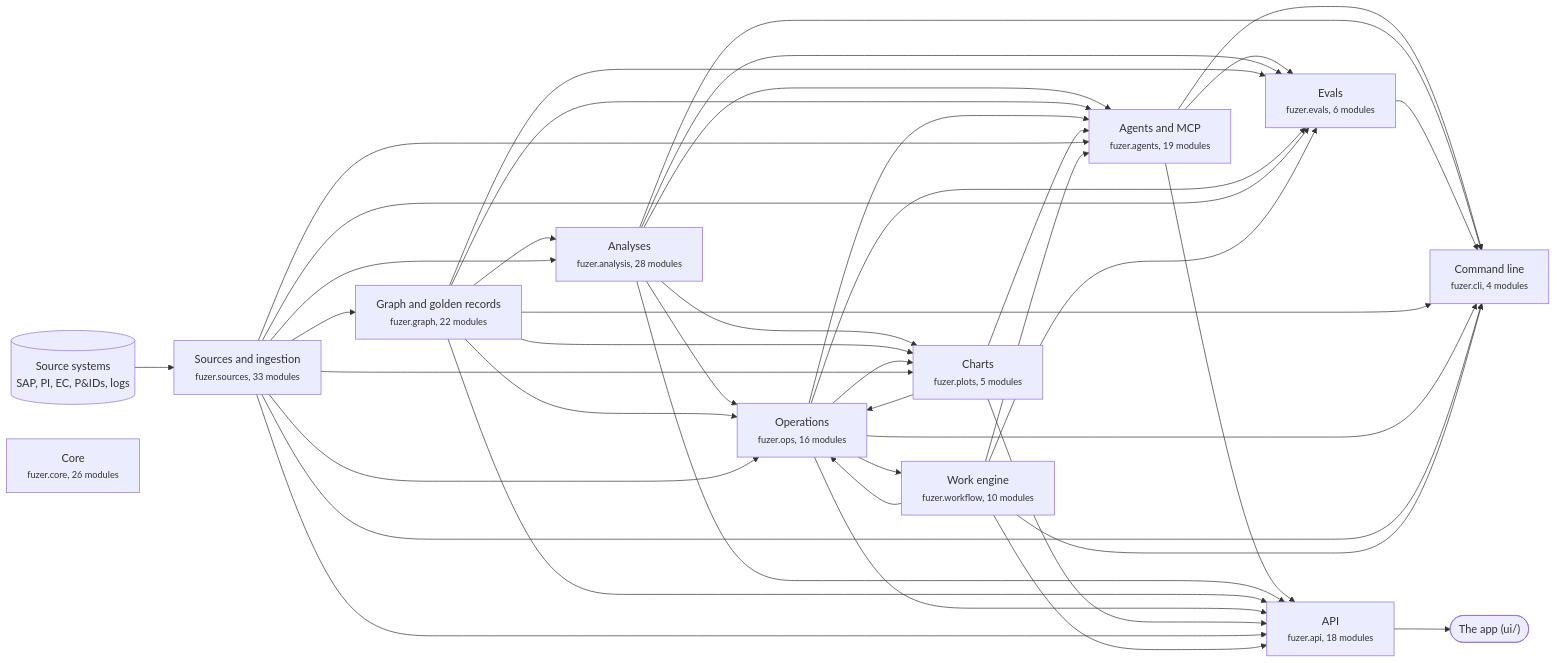
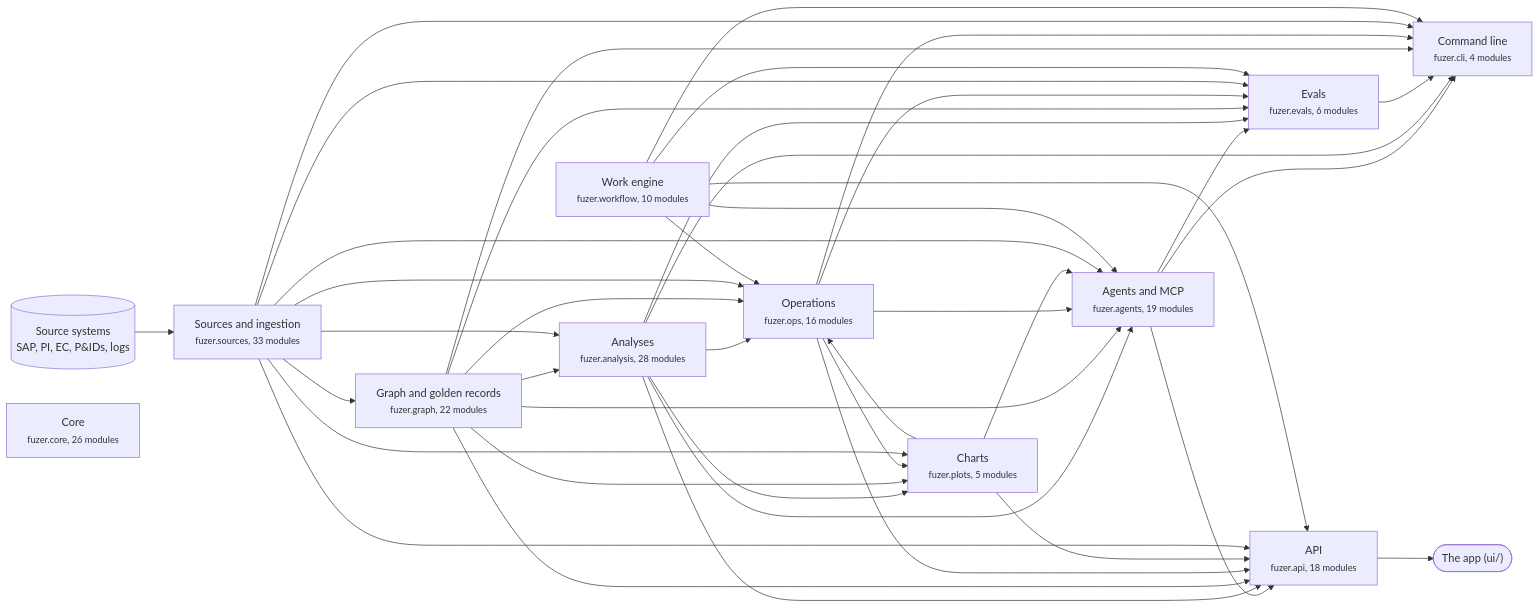
One commit to areed145/fuzer changed the first of 3 diagrams in docs/architecture.md. Above: the diagram before and after it, drawn with Mermaid. The commit also changed other lines of this file and 1 other file, not shown here.

First line of the commit message:
Read quiet hours in the project's timezone from core, keeping the work engine below ops (P5.2b, #606)

````diff
--- a/docs/architecture.md
+++ b/docs/architecture.md
@@ -8,67 +8,66 @@
 ```mermaid
 flowchart LR
   systems[("Source systems<br>SAP, PI, EC, P&IDs, logs")] --> c_sources
   app(["The app (ui/)"])
   c_api --> app
   c_sources["Sources and ingestion<br><small>fuzer.sources, 33 modules</small>"]
   c_graph["Graph and golden records<br><small>fuzer.graph, 22 modules</small>"]
   c_analysis["Analyses<br><small>fuzer.analysis, 28 modules</small>"]
   c_ops["Operations<br><small>fuzer.ops, 16 modules</small>"]
   c_plots["Charts<br><small>fuzer.plots, 5 modules</small>"]
   c_workflow["Work engine<br><small>fuzer.workflow, 10 modules</small>"]
   c_agents["Agents and MCP<br><small>fuzer.agents, 19 modules</small>"]
   c_evals["Evals<br><small>fuzer.evals, 6 modules</small>"]
   c_api["API<br><small>fuzer.api, 18 modules</small>"]
   c_cli["Command line<br><small>fuzer.cli, 4 modules</small>"]
   c_core["Core<br><small>fuzer.core, 26 modules</small>"]
   c_sources --> c_graph
   c_graph --> c_analysis
   c_sources --> c_analysis
   c_analysis --> c_ops
   c_graph --> c_ops
   c_plots --> c_ops
   c_sources --> c_ops
   c_workflow --> c_ops
   c_analysis --> c_plots
   c_graph --> c_plots
   c_ops --> c_plots
   c_sources --> c_plots
-  c_ops --> c_workflow
   c_analysis --> c_agents
   c_graph --> c_agents
   c_ops --> c_agents
   c_plots --> c_agents
   c_sources --> c_agents
   c_workflow --> c_agents
   c_agents --> c_evals
   c_analysis --> c_evals
   c_graph --> c_evals
   c_ops --> c_evals
   c_sources --> c_evals
   c_workflow --> c_evals
   c_agents --> c_api
   c_analysis --> c_api
   c_graph --> c_api
   c_ops --> c_api
   c_plots --> c_api
   c_sources --> c_api
   c_workflow --> c_api
   c_agents --> c_cli
   c_analysis --> c_cli
   c_evals --> c_cli
   c_graph --> c_cli
   c_ops --> c_cli
   c_sources --> c_cli
   c_workflow --> c_cli
   click c_sources "https://github.com/areed145/fuzer/tree/main/src/fuzer/sources"
   click c_graph "https://github.com/areed145/fuzer/tree/main/src/fuzer/graph"
   click c_analysis "https://github.com/areed145/fuzer/tree/main/src/fuzer/analysis"
   click c_ops "https://github.com/areed145/fuzer/tree/main/src/fuzer/ops"
   click c_plots "https://github.com/areed145/fuzer/tree/main/src/fuzer/plots"
   click c_workflow "https://github.com/areed145/fuzer/tree/main/src/fuzer/workflow"
   click c_agents "https://github.com/areed145/fuzer/tree/main/src/fuzer/agents"
   click c_evals "https://github.com/areed145/fuzer/tree/main/src/fuzer/evals"
   click c_api "https://github.com/areed145/fuzer/tree/main/src/fuzer/api"
   click c_cli "https://github.com/areed145/fuzer/tree/main/src/fuzer/cli"
   click c_core "https://github.com/areed145/fuzer/tree/main/src/fuzer/core"
 ```
````
